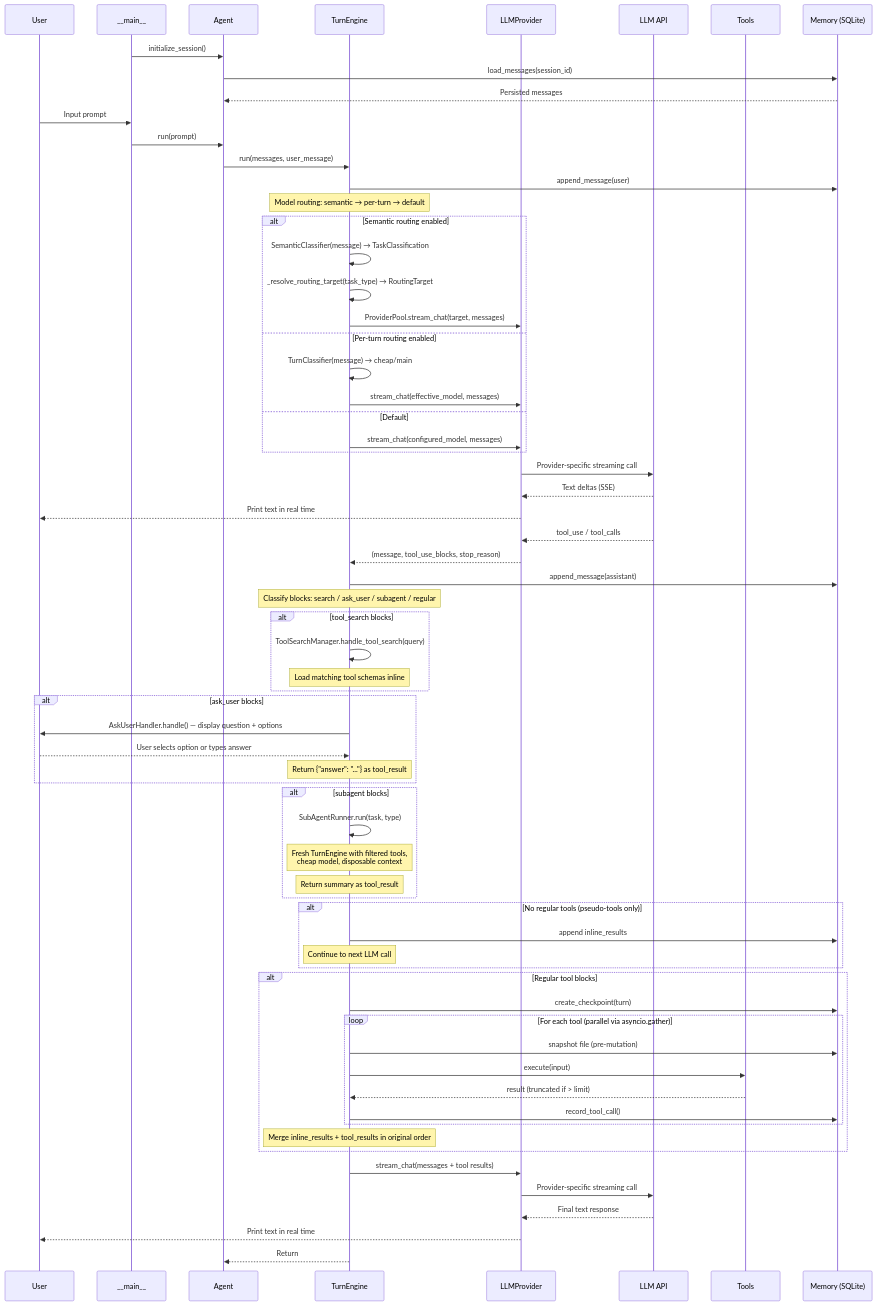
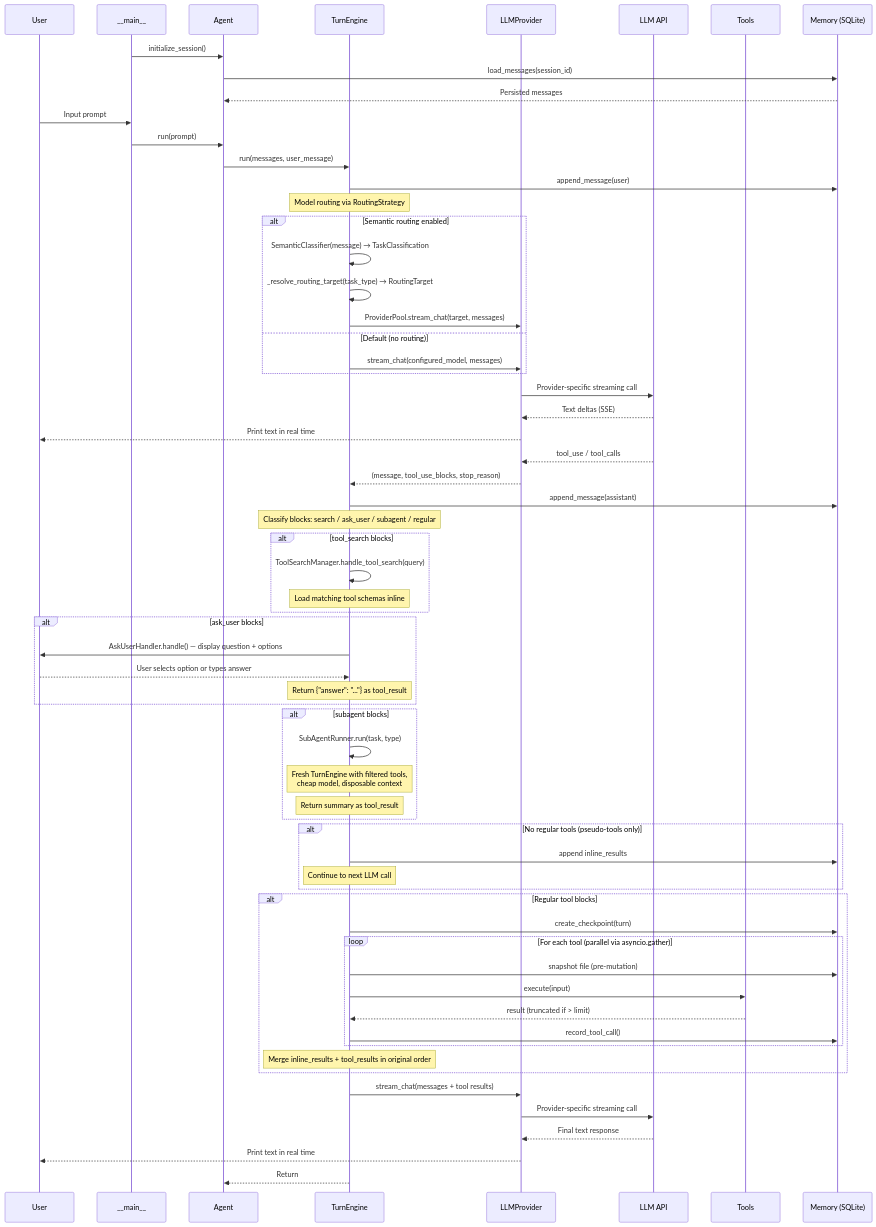
The third of 3 diagrams in documentation/docs/architecture/SAD.md (StephenDenisEdwards/micro-x-agent-loop-python), drawn with Mermaid before and after one commit. The commit also changed other lines of this file and 12 other files, not shown here.

First line of the commit message:
docs: update 13 files for per-turn routing removal, record rationale

````diff
--- a/documentation/docs/architecture/SAD.md
+++ b/documentation/docs/architecture/SAD.md
@@ -267,80 +267,77 @@
 ```mermaid
 sequenceDiagram
     participant U as User
     participant M as __main__
     participant A as Agent
     participant TE as TurnEngine
     participant P as LLMProvider
     participant API as LLM API
     participant T as Tools
     participant Mem as Memory (SQLite)
 
     M->>A: initialize_session()
     A->>Mem: load_messages(session_id)
     Mem-->>A: Persisted messages
 
     U->>M: Input prompt
     M->>A: run(prompt)
     A->>TE: run(messages, user_message)
     TE->>Mem: append_message(user)
 
-    Note over TE: Model routing: semantic → per-turn → default
+    Note over TE: Model routing via RoutingStrategy
     alt Semantic routing enabled
         TE->>TE: SemanticClassifier(message) → TaskClassification
         TE->>TE: _resolve_routing_target(task_type) → RoutingTarget
         TE->>P: ProviderPool.stream_chat(target, messages)
-    else Per-turn routing enabled
-        TE->>TE: TurnClassifier(message) → cheap/main
-        TE->>P: stream_chat(effective_model, messages)
-    else Default
+    else Default (no routing)
         TE->>P: stream_chat(configured_model, messages)
     end
 
     P->>API: Provider-specific streaming call
     API-->>P: Text deltas (SSE)
     P-->>U: Print text in real time
     API-->>P: tool_use / tool_calls
     P-->>TE: (message, tool_use_blocks, stop_reason)
     TE->>Mem: append_message(assistant)
 
     Note over TE: Classify blocks: search / ask_user / subagent / regular
 
     alt tool_search blocks
         TE->>TE: ToolSearchManager.handle_tool_search(query)
         Note over TE: Load matching tool schemas inline
     end
 
     alt ask_user blocks
         TE->>U: AskUserHandler.handle() — display question + options
         U-->>TE: User selects option or types answer
         Note over TE: Return {"answer": "..."} as tool_result
     end
 
     alt subagent blocks
         TE->>TE: SubAgentRunner.run(task, type)
         Note over TE: Fresh TurnEngine with filtered tools,<br/>cheap model, disposable context
         Note over TE: Return summary as tool_result
     end
 
     alt No regular tools (pseudo-tools only)
         TE->>Mem: append inline_results
         Note over TE: Continue to next LLM call
     end
 
     alt Regular tool blocks
         TE->>Mem: create_checkpoint(turn)
         loop For each tool (parallel via asyncio.gather)
             TE->>Mem: snapshot file (pre-mutation)
             TE->>T: execute(input)
             T-->>TE: result (truncated if > limit)
             TE->>Mem: record_tool_call()
         end
         Note over TE: Merge inline_results + tool_results in original order
     end
 
     TE->>P: stream_chat(messages + tool results)
     P->>API: Provider-specific streaming call
     API-->>P: Final text response
     P-->>U: Print text in real time
     TE-->>A: Return
 ```
````
